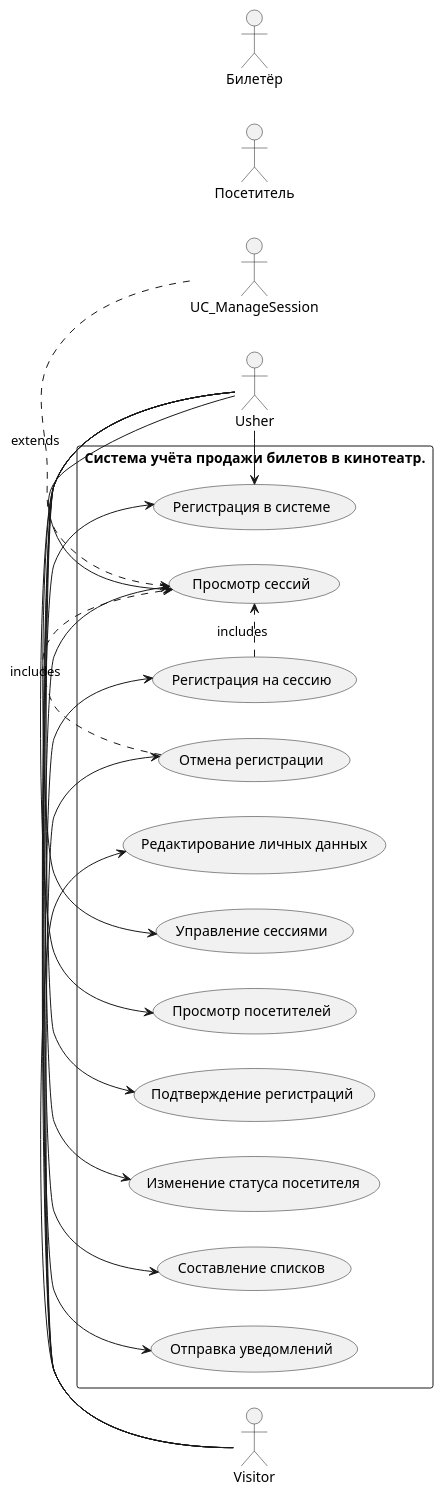
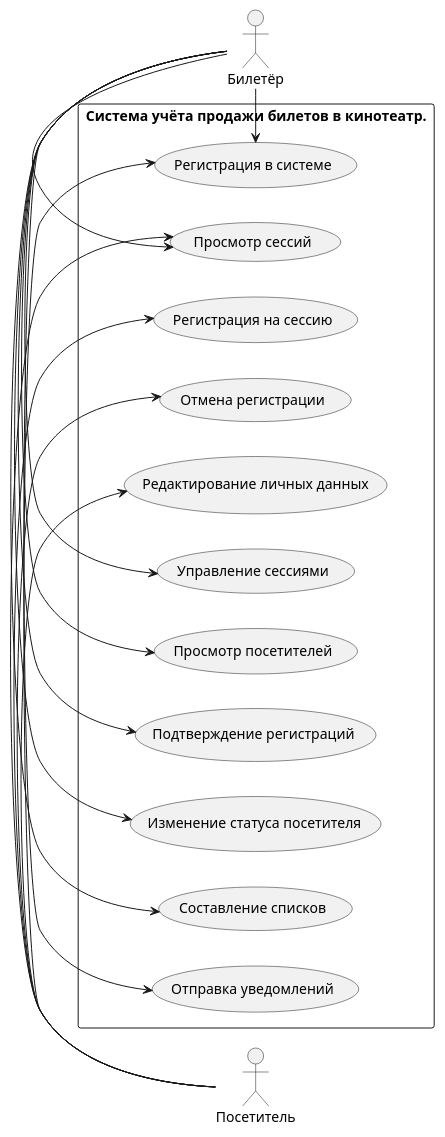
One commit to damnedpunk/main changed the diagram in usecase.puml. Above: the diagram before and after it, drawn with PlantUML.

Commit message:
usecase1.puml

```diff
--- a/usecase.puml
+++ b/usecase.puml
@@ -1,45 +1,40 @@
 @startuml
 left to right direction
 skinparam packageStyle rectangle
 
-actor "Посетитель" as Participant
-actor "Билетёр" as Organizer
+actor "Посетитель" as Visitor
+actor "Билетёр" as Usher
 
 package "Система учёта продажи билетов в кинотеатр." {
   usecase "Регистрация в системе" as UC_Register
   usecase "Просмотр сессий" as UC_ViewSessions
   usecase "Регистрация на сессию" as UC_RegisterSession
   usecase "Отмена регистрации" as UC_CancelRegistration
   usecase "Редактирование личных данных" as UC_EditProfile
   
   usecase "Управление сессиями" as UC_ManageSessions
   usecase "Просмотр посетителей" as UC_ViewVisitors
   usecase "Подтверждение регистраций" as UC_ConfirmRegistration
   usecase "Изменение статуса посетителя" as UC_ChangeStatus
   usecase "Составление списков" as UC_GenerateLists
   usecase "Отправка уведомлений" as UC_SendNotifications
 }
 
 ' Связи посетителя
 Visitor -> UC_Register
 Visitor -> UC_ViewSessions
 Visitor -> UC_RegisterSession
 Visitor -> UC_CancelRegistration
 Visitor -> UC_EditProfile
 
 ' Связи билетёра
 Usher -> UC_ManageSessions
 Usher -> UC_ViewVisitors
 Usher -> UC_ConfirmRegistration
 Usher -> UC_ChangeStatus
 Usher -> UC_GenerateLists
 Usher -> UC_SendNotifications
 Usher -> UC_ViewSessions
 Usher -> UC_Register
 
-' Расширения и включения
-UC_ManageSession .> UC_ViewSessions : extends
-UC_RegisterSession .> UC_ViewSessions : includes
-UC_CancelRegistration .> UC_ViewSessions : includes
-
 @enduml
```
